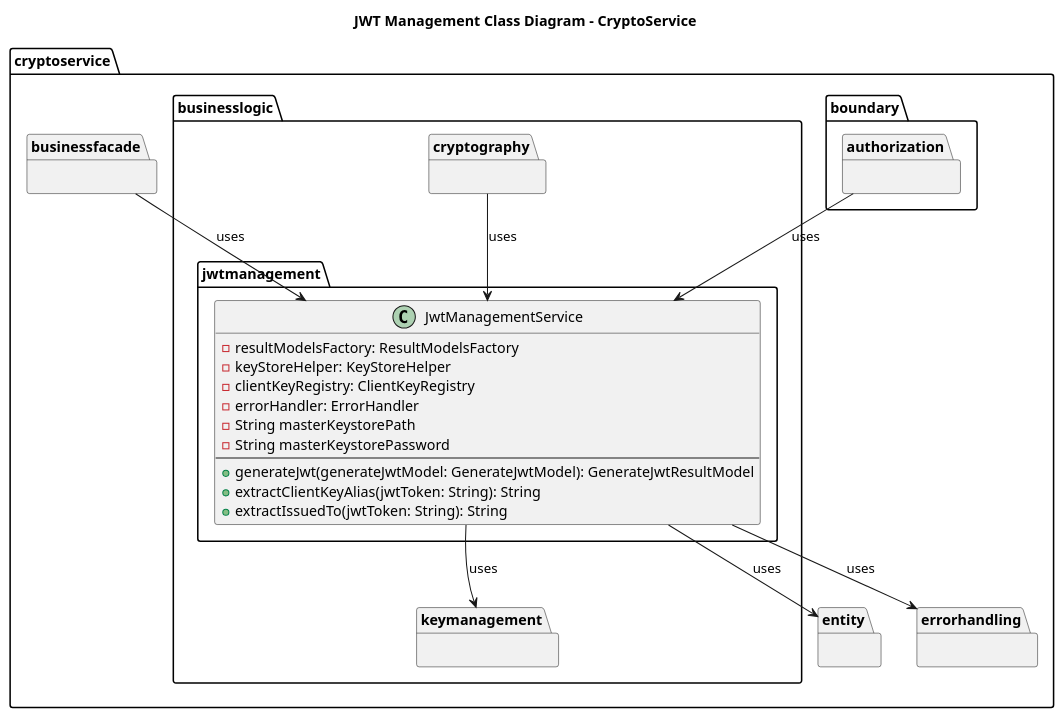
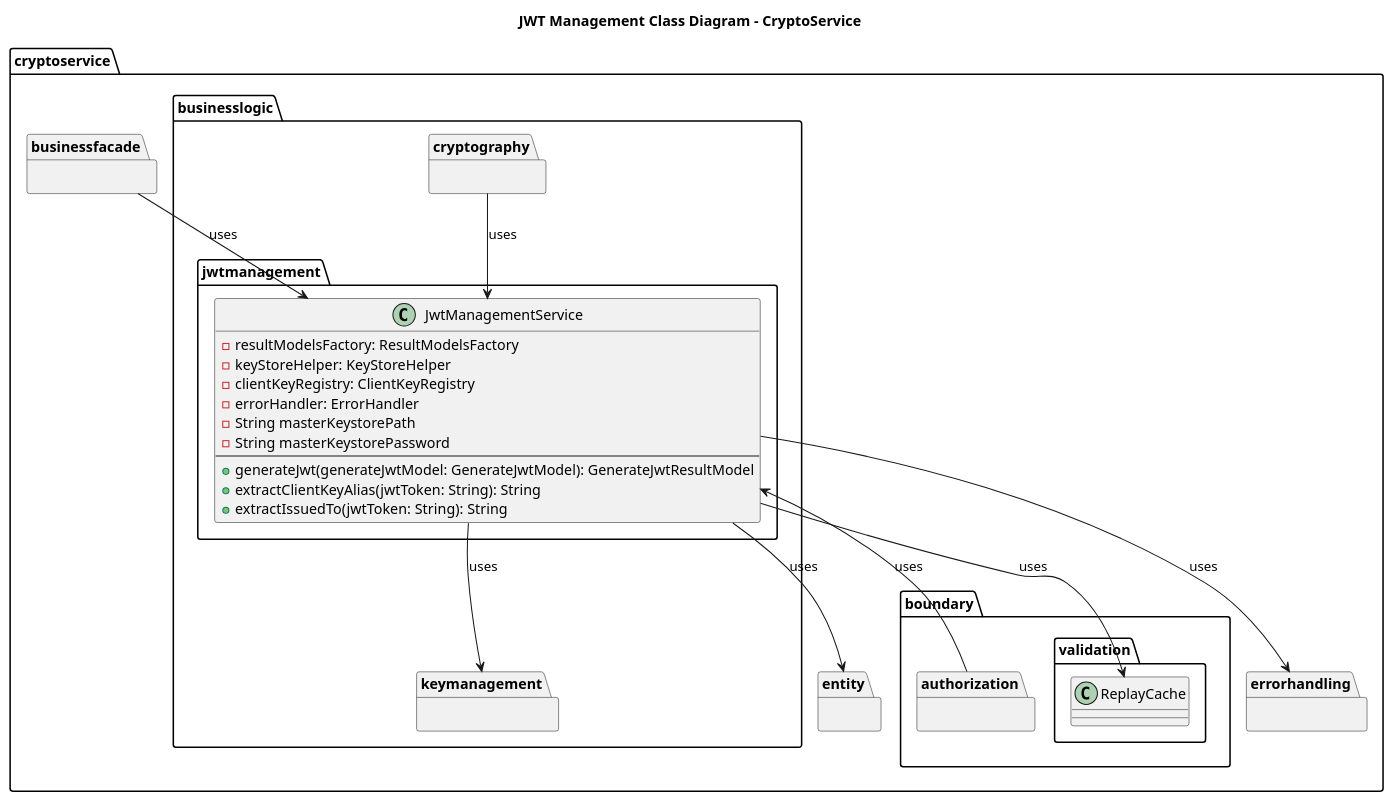
One commit to Marcey1611/Crypto-Microservice changed the diagram in documentation/cryptoservice/uml/class-diagramm/jwt-management-class-diagram.puml. Above: the diagram before and after it, drawn with PlantUML. The commit also changed 11 other files, not shown here.

```diff
--- a/documentation/cryptoservice/uml/class-diagramm/jwt-management-class-diagram.puml
+++ b/documentation/cryptoservice/uml/class-diagramm/jwt-management-class-diagram.puml
@@ -1,48 +1,52 @@
 @startuml
 
 title JWT Management Class Diagram - CryptoService
 
 package cryptoservice {
     package boundary {
         package authorization {}
+        package validation {
+            class ReplayCache
+        }
     }
 
     package businessfacade {}
 
     package businesslogic {
         package cryptography {}
 
         package jwtmanagement {
             class JwtManagementService {
                 -resultModelsFactory: ResultModelsFactory
                 -keyStoreHelper: KeyStoreHelper
                 -clientKeyRegistry: ClientKeyRegistry
                 -errorHandler: ErrorHandler
                 - String masterKeystorePath
                 - String masterKeystorePassword
                 --
                 +generateJwt(generateJwtModel: GenerateJwtModel): GenerateJwtResultModel
                 +extractClientKeyAlias(jwtToken: String): String
                 +extractIssuedTo(jwtToken: String): String
             }
         }
 
         package keymanagement {}
     }
 
     package entity {}
 
     package errorhandling {}
 
     authorization --> JwtManagementService : uses
 
     businessfacade --> JwtManagementService : uses
 
     cryptography --> JwtManagementService : uses
 
     JwtManagementService --> entity : uses
     JwtManagementService --> keymanagement : uses
     JwtManagementService --> errorhandling : uses
+    JwtManagementService --> ReplayCache : uses
 }
 
 @enduml
```
